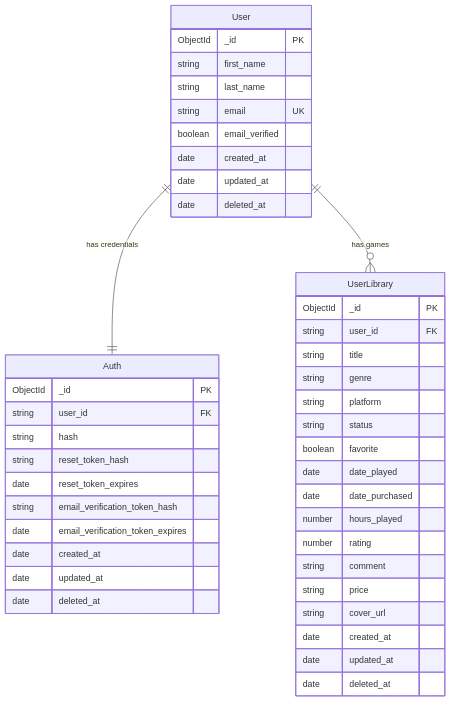
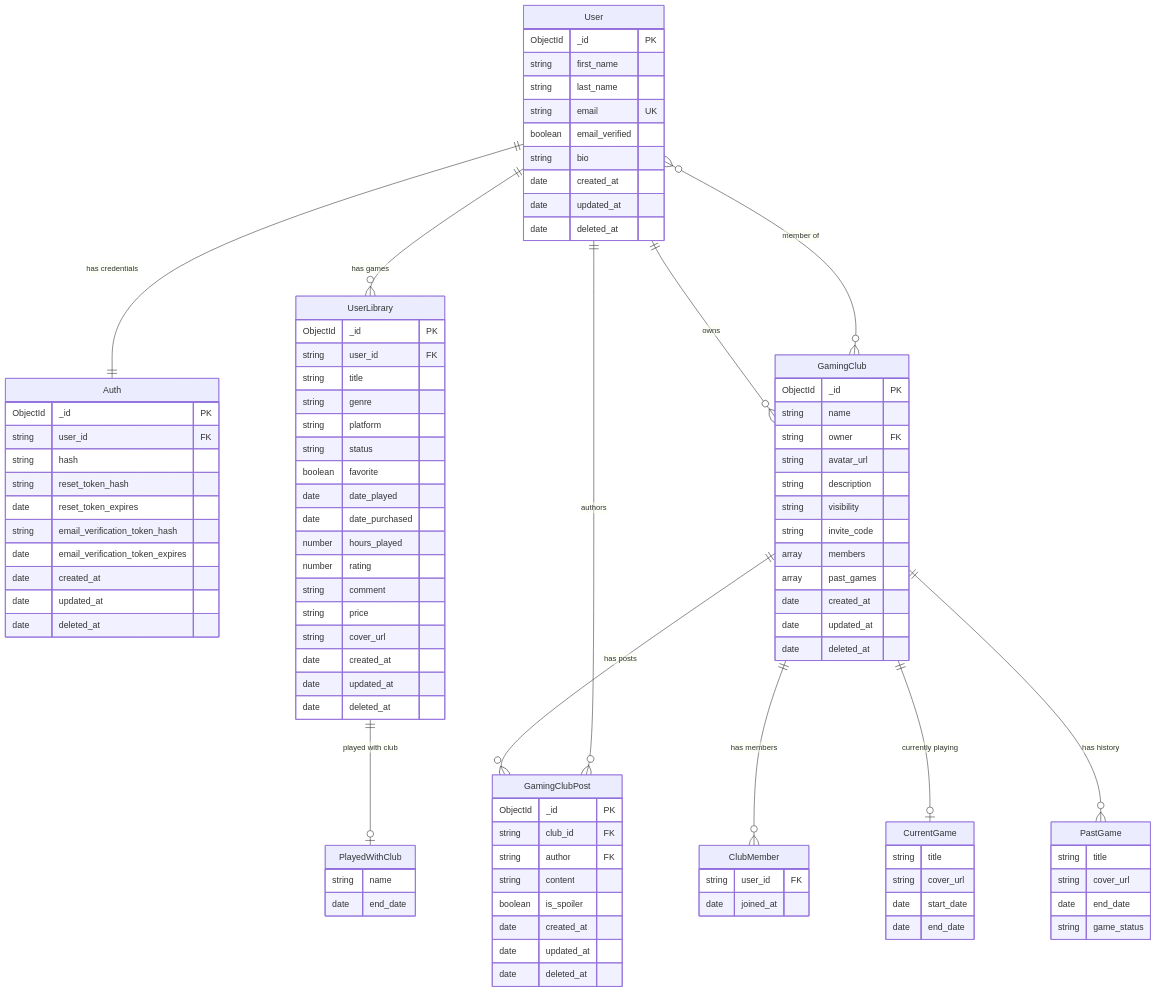
One commit to EmLopezDev/lucid changed the diagram in ERD.md. Above: the diagram before and after it, drawn with Mermaid. The commit also changed other lines of this file and 1 other file, not shown here.

Commit message:
docs: update ERD and add dbdiagram.io schema
Add bio to User, played_with_club to UserLibrary, and new GamingClub,
GamingClubPost entities. Extract all embedded subdocuments into their
own entities for readability. Add schema.dbml as the interactive source
for dbdiagram.io.

````diff
--- a/ERD.md
+++ b/ERD.md
@@ -8,6 +8,7 @@
         string last_name
         string email UK
         boolean email_verified
+        string bio
         date created_at
         date updated_at
         date deleted_at
@@ -46,6 +47,64 @@
         date deleted_at
     }
 
+    PlayedWithClub {
+        string name
+        date end_date
+    }
+
+    GamingClub {
+        ObjectId _id PK
+        string name
+        string owner FK
+        string avatar_url
+        string description
+        string visibility
+        string invite_code
+        array members
+        array past_games
+        date created_at
+        date updated_at
+        date deleted_at
+    }
+
+    ClubMember {
+        string user_id FK
+        date joined_at
+    }
+
+    CurrentGame {
+        string title
+        string cover_url
+        date start_date
+        date end_date
+    }
+
+    PastGame {
+        string title
+        string cover_url
+        date end_date
+        string game_status
+    }
+
+    GamingClubPost {
+        ObjectId _id PK
+        string club_id FK
+        string author FK
+        string content
+        boolean is_spoiler
+        date created_at
+        date updated_at
+        date deleted_at
+    }
+
     User ||--|| Auth : "has credentials"
     User ||--o{ UserLibrary : "has games"
+    UserLibrary ||--o| PlayedWithClub : "played with club"
+    User ||--o{ GamingClub : "owns"
+    User }o--o{ GamingClub : "member of"
+    GamingClub ||--o{ GamingClubPost : "has posts"
+    GamingClub ||--o{ ClubMember : "has members"
+    GamingClub ||--o| CurrentGame : "currently playing"
+    GamingClub ||--o{ PastGame : "has history"
+    User ||--o{ GamingClubPost : "authors"
 ```
````
